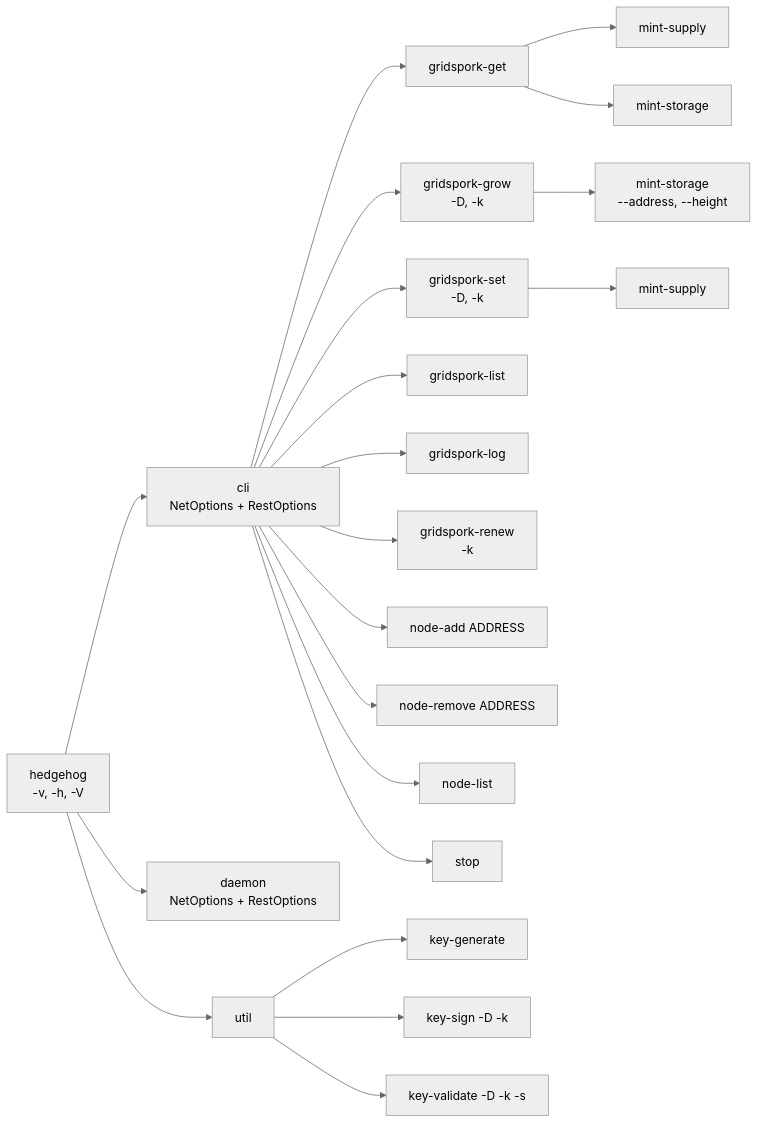
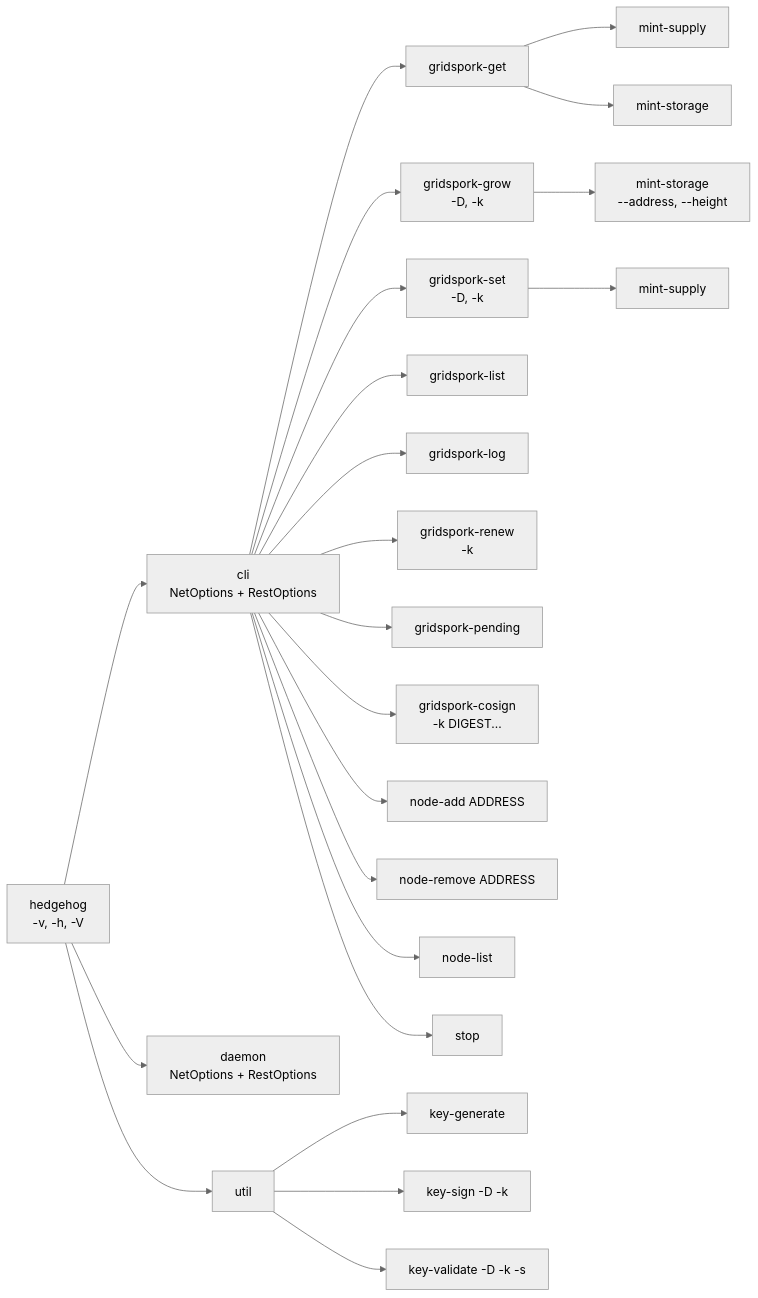
One commit to unigrid-project/hedgehog changed the first of 4 diagrams in documentation/architecture.md. Above: the diagram before and after it, drawn with Mermaid (neutral theme). The commit also changed other lines of this file, not shown here.

Commit message:
Document the gridspork-pending and gridspork-cosign commands

````diff
--- a/documentation/architecture.md
+++ b/documentation/architecture.md
@@ -180,27 +180,29 @@
 ```mermaid
 flowchart LR
     H["hedgehog<br/>-v, -h, -V"]
     H --> C["cli<br/>NetOptions + RestOptions"]
     H --> D["daemon<br/>NetOptions + RestOptions"]
     H --> U["util"]
 
     C --> GG["gridspork-get"]
     C --> GR["gridspork-grow<br/>-D, -k"]
     C --> GS["gridspork-set<br/>-D, -k"]
     C --> GL["gridspork-list"]
     C --> GO["gridspork-log"]
     C --> GN["gridspork-renew<br/>-k"]
+    C --> GP["gridspork-pending"]
+    C --> GC["gridspork-cosign<br/>-k DIGEST..."]
     C --> NA["node-add ADDRESS"]
     C --> NR["node-remove ADDRESS"]
     C --> NL["node-list"]
     C --> ST["stop"]
 
     GG --> GGS["mint-supply"]
     GG --> GGT["mint-storage"]
     GR --> GRT["mint-storage<br/>--address, --height"]
     GS --> GSS["mint-supply"]
 
     U --> KG["key-generate"]
     U --> KS["key-sign -D -k"]
     U --> KV["key-validate -D -k -s"]
 ```
````
